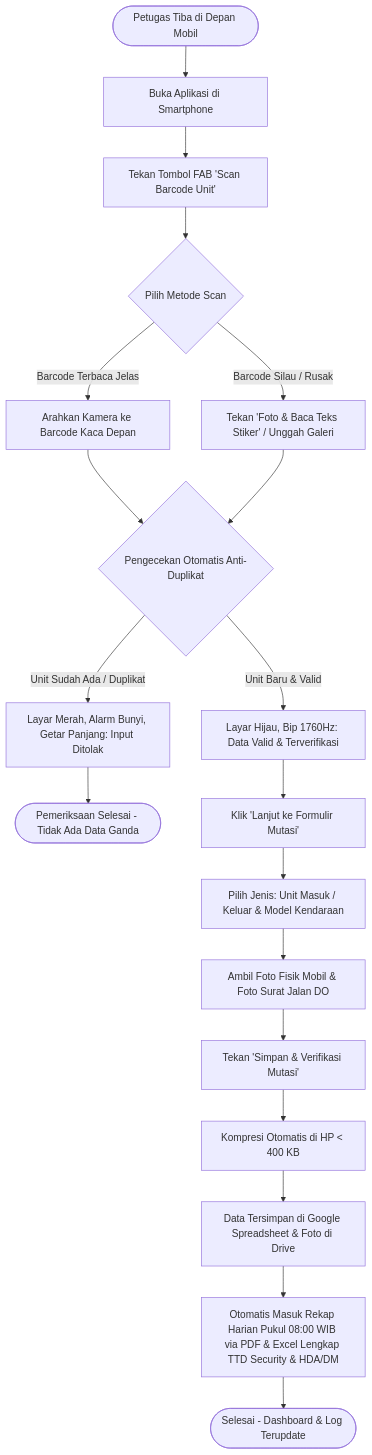
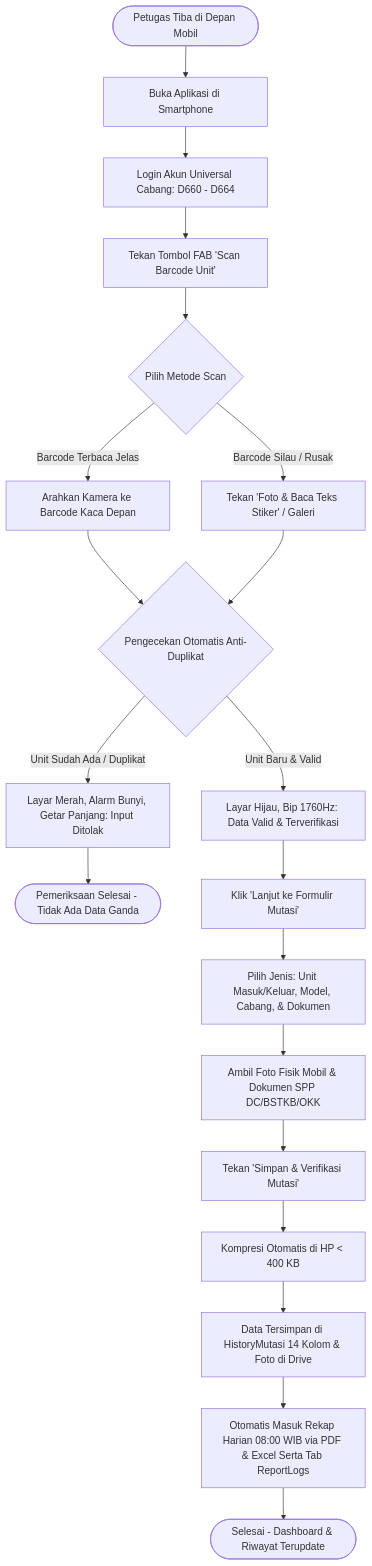
Before and after one commit to miyuraa1001/Management-StockYard: the second of 2 diagrams in PRD.md, drawn with Mermaid. The commit also changed other lines of this file, not shown here.

````diff
--- a/PRD.md
+++ b/PRD.md
@@ -412,27 +377,28 @@
 ```mermaid
 flowchart TD
     Start([Petugas Tiba di Depan Mobil]) --> OpenApp[Buka Aplikasi di Smartphone]
-    OpenApp --> ClickScan[Tekan Tombol FAB 'Scan Barcode Unit']
+    OpenApp --> LoginUniversal[Login Akun Universal Cabang: D660 - D664]
+    LoginUniversal --> ClickScan[Tekan Tombol FAB 'Scan Barcode Unit']
     ClickScan --> ChooseMode{Pilih Metode Scan}
     
     ChooseMode -->|Barcode Terbaca Jelas| ModeBarcode[Arahkan Kamera ke Barcode Kaca Depan]
-    ChooseMode -->|Barcode Silau / Rusak| ModeOCR[Tekan 'Foto & Baca Teks Stiker' / Unggah Galeri]
+    ChooseMode -->|Barcode Silau / Rusak| ModeOCR[Tekan 'Foto & Baca Teks Stiker' / Galeri]
     
     ModeBarcode --> CheckDupe{Pengecekan Otomatis Anti-Duplikat}
     ModeOCR --> CheckDupe
     
     CheckDupe -->|Unit Sudah Ada / Duplikat| Blocked[Layar Merah, Alarm Bunyi, Getar Panjang: Input Ditolak]
     Blocked --> FinishDuplicate([Pemeriksaan Selesai - Tidak Ada Data Ganda])
     
     CheckDupe -->|Unit Baru & Valid| Verified[Layar Hijau, Bip 1760Hz: Data Valid & Terverifikasi]
     Verified --> Step2[Klik 'Lanjut ke Formulir Mutasi']
     
-    Step2 --> FillForm[Pilih Jenis: Unit Masuk / Keluar & Model Kendaraan]
-    FillForm --> SnapPhotos[Ambil Foto Fisik Mobil & Foto Surat Jalan DO]
+    Step2 --> FillForm[Pilih Jenis: Unit Masuk/Keluar, Model, Cabang, & Dokumen]
+    FillForm --> SnapPhotos[Ambil Foto Fisik Mobil & Dokumen SPP DC/BSTKB/OKK]
     SnapPhotos --> Submit[Tekan 'Simpan & Verifikasi Mutasi']
     
     Submit --> CompressImg[Kompresi Otomatis di HP < 400 KB]
-    CompressImg --> CloudSync[Data Tersimpan di Google Spreadsheet & Foto di Drive]
-    CloudSync --> AutoReport[Otomatis Masuk Rekap Harian Pukul 08:00 WIB via PDF & Excel Lengkap TTD Security & HDA/DM]
-    AutoReport --> Done([Selesai - Dashboard & Log Terupdate])
+    CompressImg --> CloudSync[Data Tersimpan di HistoryMutasi 14 Kolom & Foto di Drive]
+    CloudSync --> AutoReport[Otomatis Masuk Rekap Harian 08:00 WIB via PDF & Excel Serta Tab ReportLogs]
+    AutoReport --> Done([Selesai - Dashboard & Riwayat Terupdate])
 ```
````
